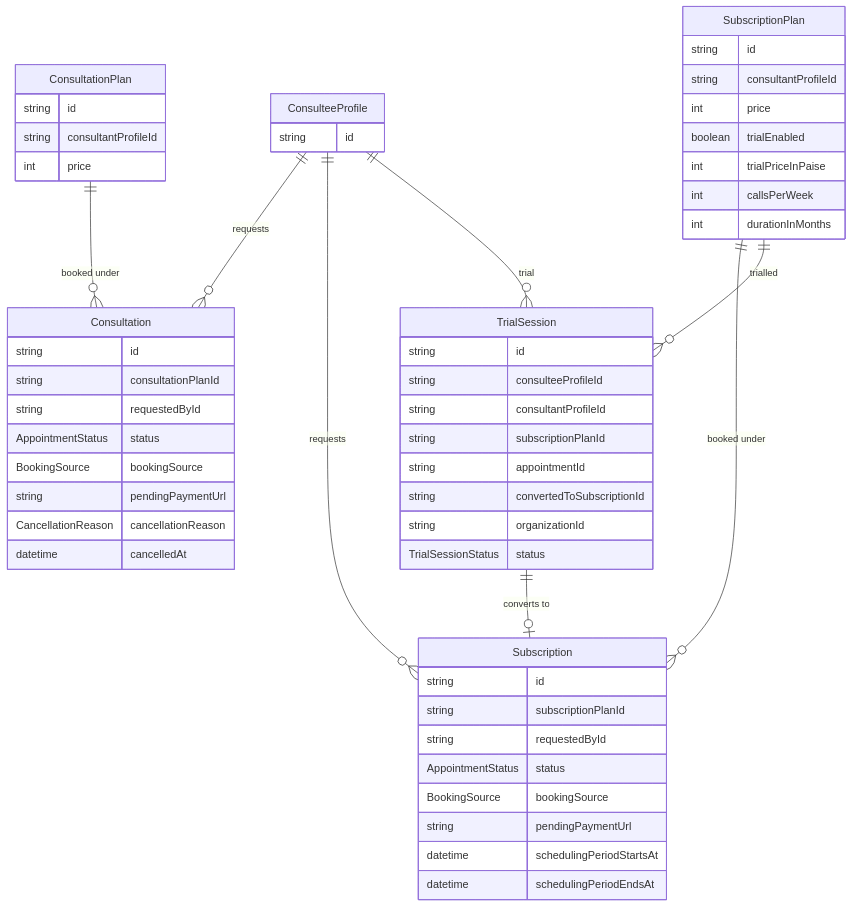
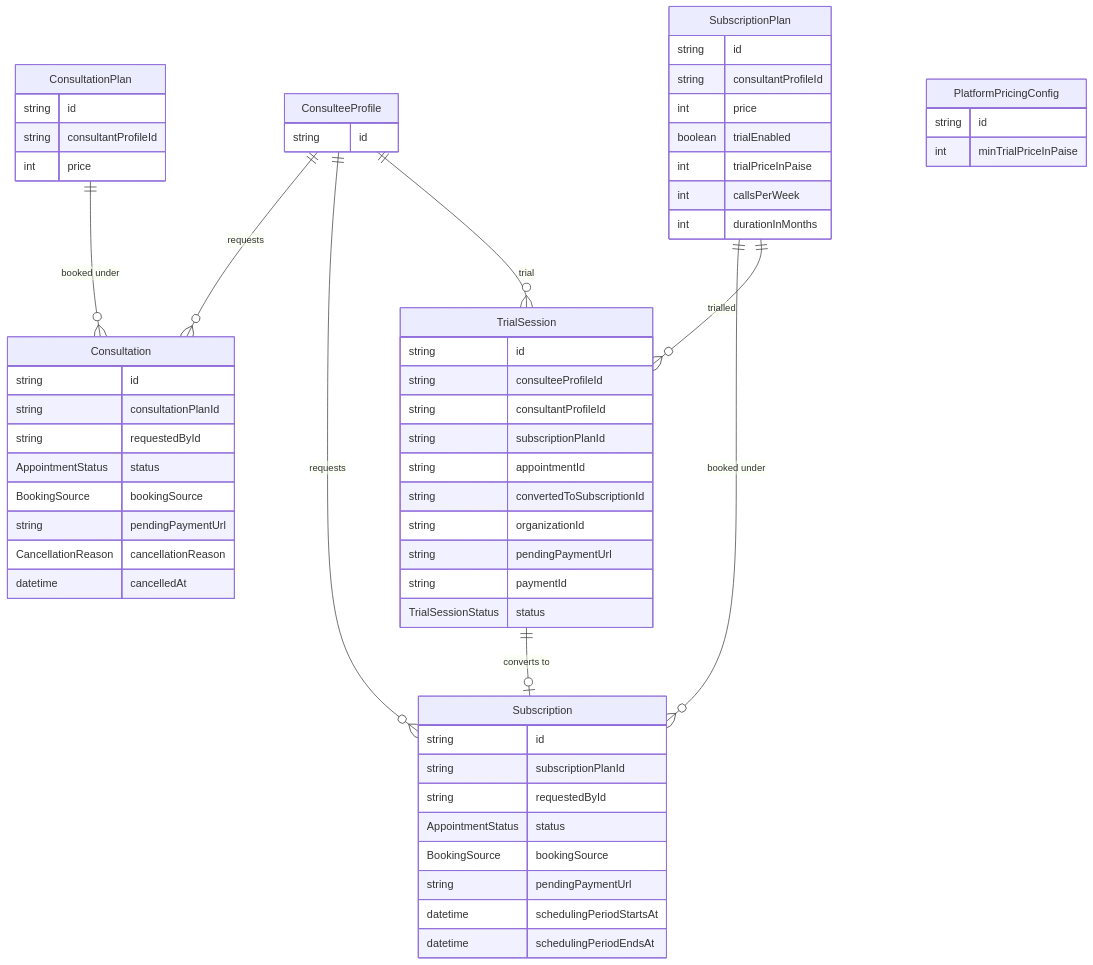
Before and after one commit to Practitionist/familiarise_web: the ninth of 24 diagrams in docs/prisma/schema-map.md, drawn with Mermaid. The commit also changed 9 other files, not shown here.

First line of the commit message:
feat(trials): platform price floor + payment linkage, free-by-default until wiring

````diff
--- a/docs/prisma/schema-map.md
+++ b/docs/prisma/schema-map.md
@@ -595,58 +595,64 @@
 ```mermaid
 erDiagram
     ConsulteeProfile {
         string id
     }
     ConsultationPlan {
         string id
         string consultantProfileId
         int price
     }
     Consultation {
         string id
         string consultationPlanId
         string requestedById
         AppointmentStatus status
         BookingSource bookingSource
         string pendingPaymentUrl
         CancellationReason cancellationReason
         datetime cancelledAt
     }
     SubscriptionPlan {
         string id
         string consultantProfileId
         int price
         boolean trialEnabled
         int trialPriceInPaise
         int callsPerWeek
         int durationInMonths
     }
     Subscription {
         string id
         string subscriptionPlanId
         string requestedById
         AppointmentStatus status
         BookingSource bookingSource
         string pendingPaymentUrl
         datetime schedulingPeriodStartsAt
         datetime schedulingPeriodEndsAt
     }
     TrialSession {
         string id
         string consulteeProfileId
         string consultantProfileId
         string subscriptionPlanId
         string appointmentId
         string convertedToSubscriptionId
         string organizationId
+        string pendingPaymentUrl
+        string paymentId
         TrialSessionStatus status
+    }
+    PlatformPricingConfig {
+        string id
+        int minTrialPriceInPaise
     }
 
     ConsulteeProfile ||--o{ Consultation : "requests"
     ConsultationPlan ||--o{ Consultation : "booked under"
     ConsulteeProfile ||--o{ Subscription : "requests"
     SubscriptionPlan ||--o{ Subscription : "booked under"
     ConsulteeProfile ||--o{ TrialSession : "trial"
     SubscriptionPlan ||--o{ TrialSession : "trialled"
     TrialSession ||--o| Subscription : "converts to"
 ```
````
